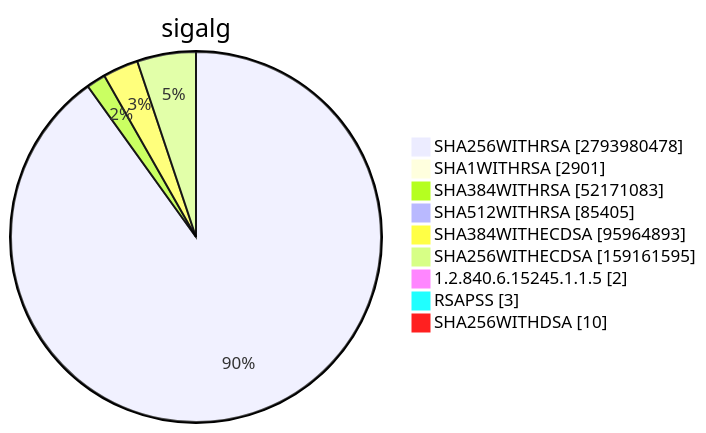
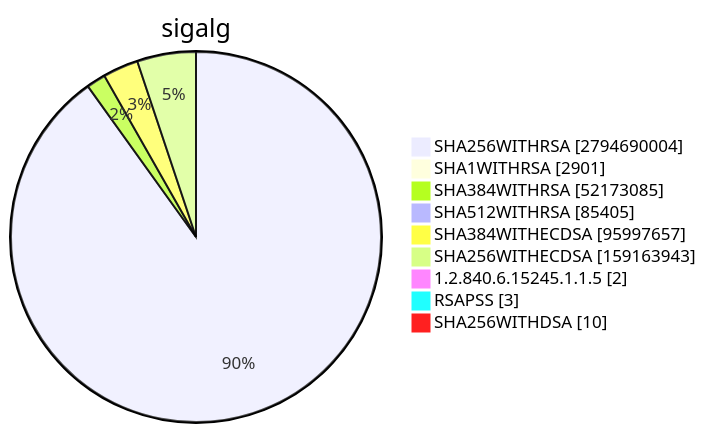
One commit to christiankrug/ctmonitor_visualization changed diagram 15 of 15 in TOTAL/README.md. Above: the diagram before and after it, drawn with Mermaid. The commit also changed other lines of this file, not shown here.

````diff
--- a/TOTAL/README.md
+++ b/TOTAL/README.md
@@ -6205,13 +6205,13 @@
 ```mermaid
 pie showData
 title sigalg
-"SHA256WITHRSA" :2793980478
+"SHA256WITHRSA" :2794690004
 "SHA1WITHRSA" :2901
-"SHA384WITHRSA" :52171083
+"SHA384WITHRSA" :52173085
 "SHA512WITHRSA" :85405
-"SHA384WITHECDSA" :95964893
-"SHA256WITHECDSA" :159161595
+"SHA384WITHECDSA" :95997657
+"SHA256WITHECDSA" :159163943
 "1.2.840.6.15245.1.1.5" :2
 "RSAPSS" :3
 "SHA256WITHDSA" :10
 ```
````
